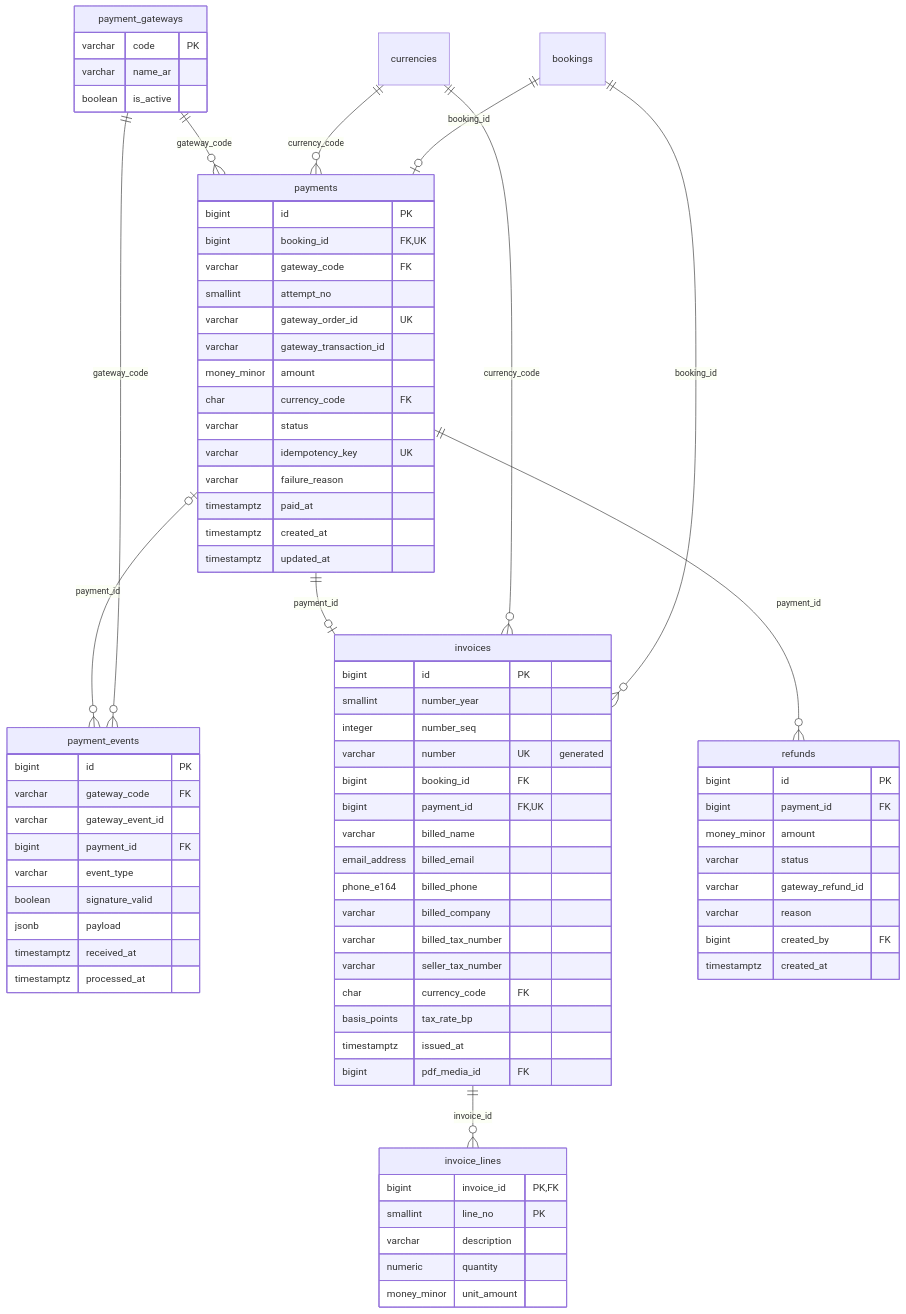
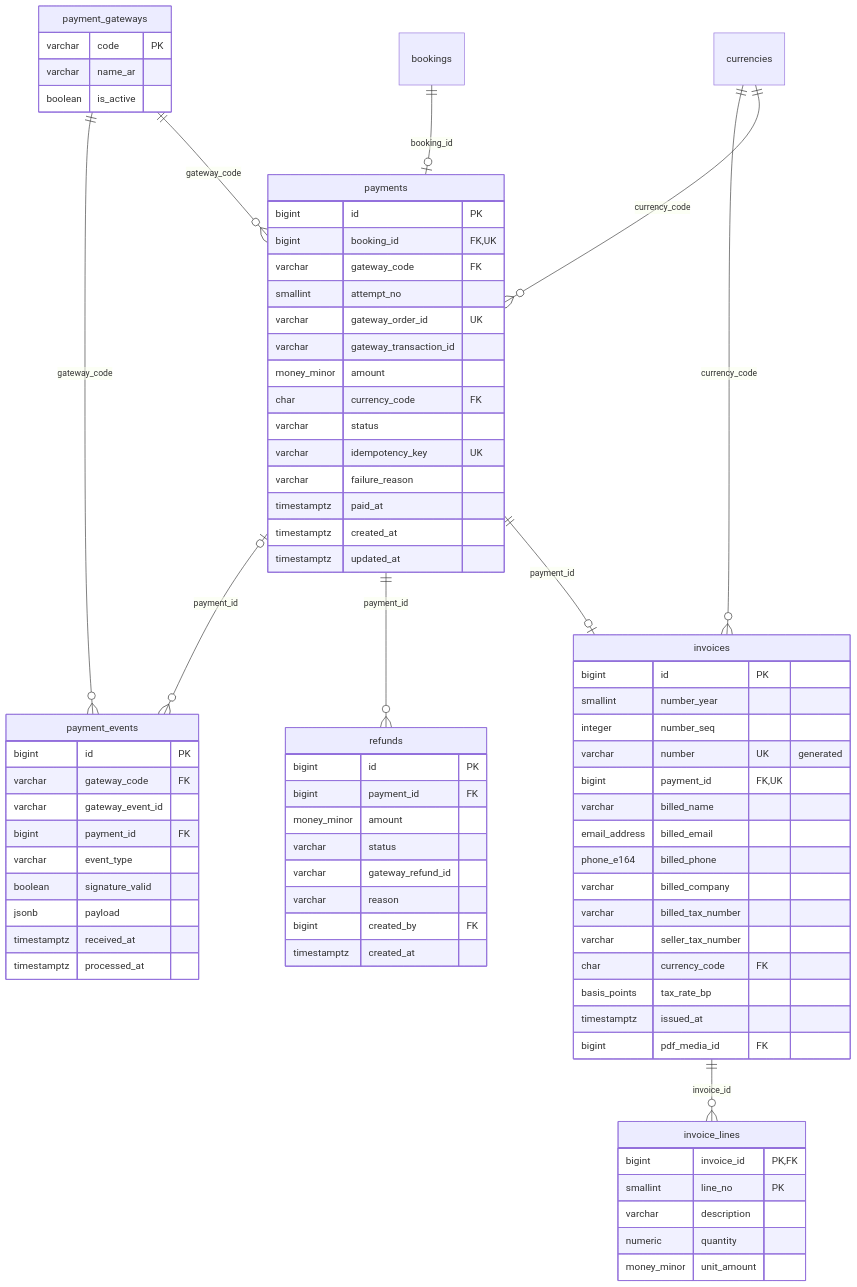
One commit to AnasMaali/raqam-platform changed diagram 12 of 17 in docs/database/README.md. Above: the diagram before and after it, drawn with Mermaid. The commit also changed other lines of this file and 2 other files, not shown here.

````diff
--- a/docs/database/README.md
+++ b/docs/database/README.md
@@ -1054,80 +1055,78 @@
 ```mermaid
 erDiagram
   payment_gateways {
     varchar code PK
     varchar name_ar
     boolean is_active
   }
   payments {
     bigint id PK
     bigint booking_id FK,UK
     varchar gateway_code FK
     smallint attempt_no
     varchar gateway_order_id UK
     varchar gateway_transaction_id
     money_minor amount
     char currency_code FK
     varchar status
     varchar idempotency_key UK
     varchar failure_reason
     timestamptz paid_at
     timestamptz created_at
     timestamptz updated_at
   }
   payment_events {
     bigint id PK
     varchar gateway_code FK
     varchar gateway_event_id
     bigint payment_id FK
     varchar event_type
     boolean signature_valid
     jsonb payload
     timestamptz received_at
     timestamptz processed_at
   }
   invoices {
     bigint id PK
     smallint number_year
     integer number_seq
     varchar number UK "generated"
-    bigint booking_id FK
     bigint payment_id FK,UK
     varchar billed_name
     email_address billed_email
     phone_e164 billed_phone
     varchar billed_company
     varchar billed_tax_number
     varchar seller_tax_number
     char currency_code FK
     basis_points tax_rate_bp
     timestamptz issued_at
     bigint pdf_media_id FK
   }
   invoice_lines {
     bigint invoice_id PK,FK
     smallint line_no PK
     varchar description
     numeric quantity
     money_minor unit_amount
   }
   refunds {
     bigint id PK
     bigint payment_id FK
     money_minor amount
     varchar status
     varchar gateway_refund_id
     varchar reason
     bigint created_by FK
     timestamptz created_at
   }
-  bookings ||--o{ invoices : "booking_id"
   bookings ||--o| payments : "booking_id"
   currencies ||--o{ invoices : "currency_code"
   currencies ||--o{ payments : "currency_code"
   invoices ||--o{ invoice_lines : "invoice_id"
   payment_gateways ||--o{ payment_events : "gateway_code"
   payment_gateways ||--o{ payments : "gateway_code"
   payments |o--o{ payment_events : "payment_id"
   payments ||--o{ refunds : "payment_id"
   payments ||--o| invoices : "payment_id"
 ```
````
